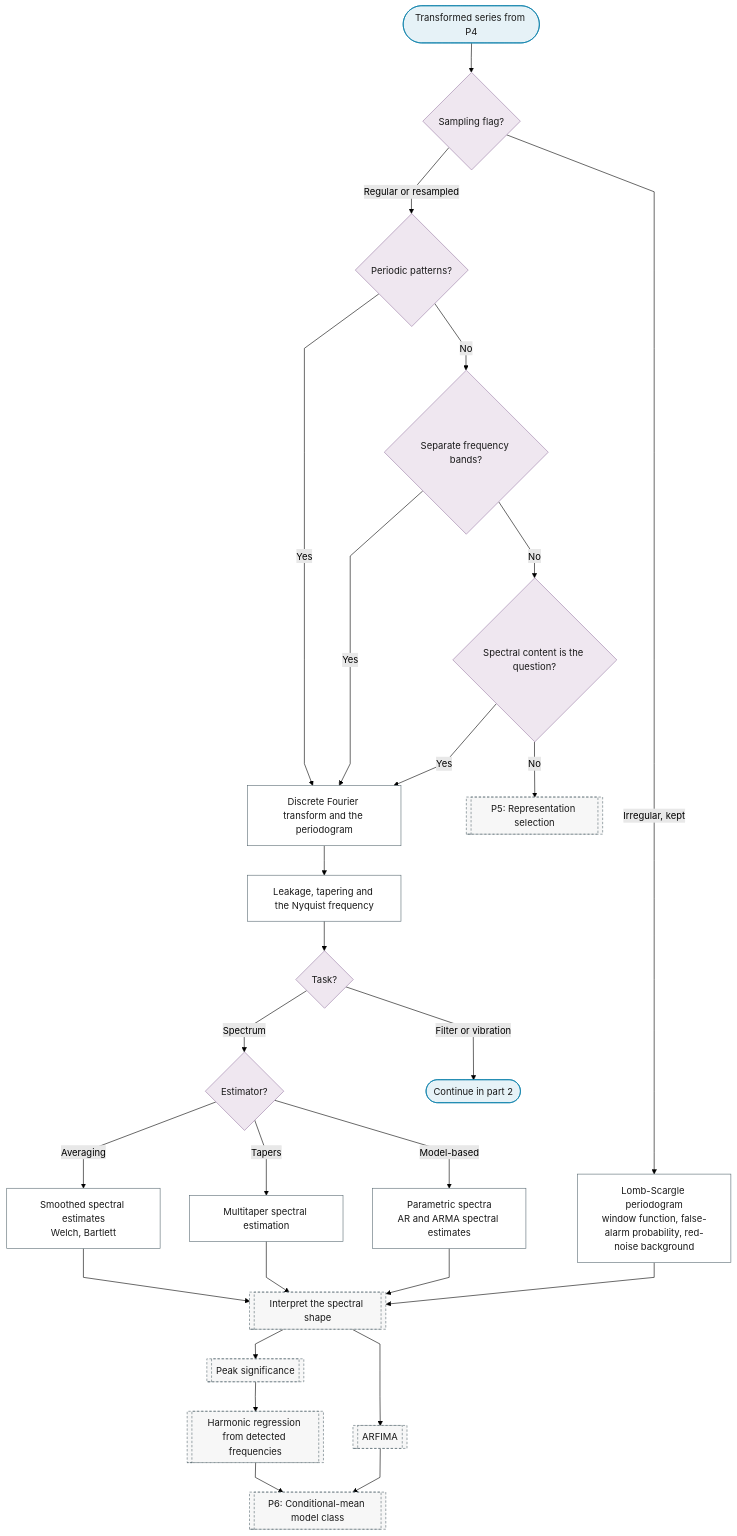
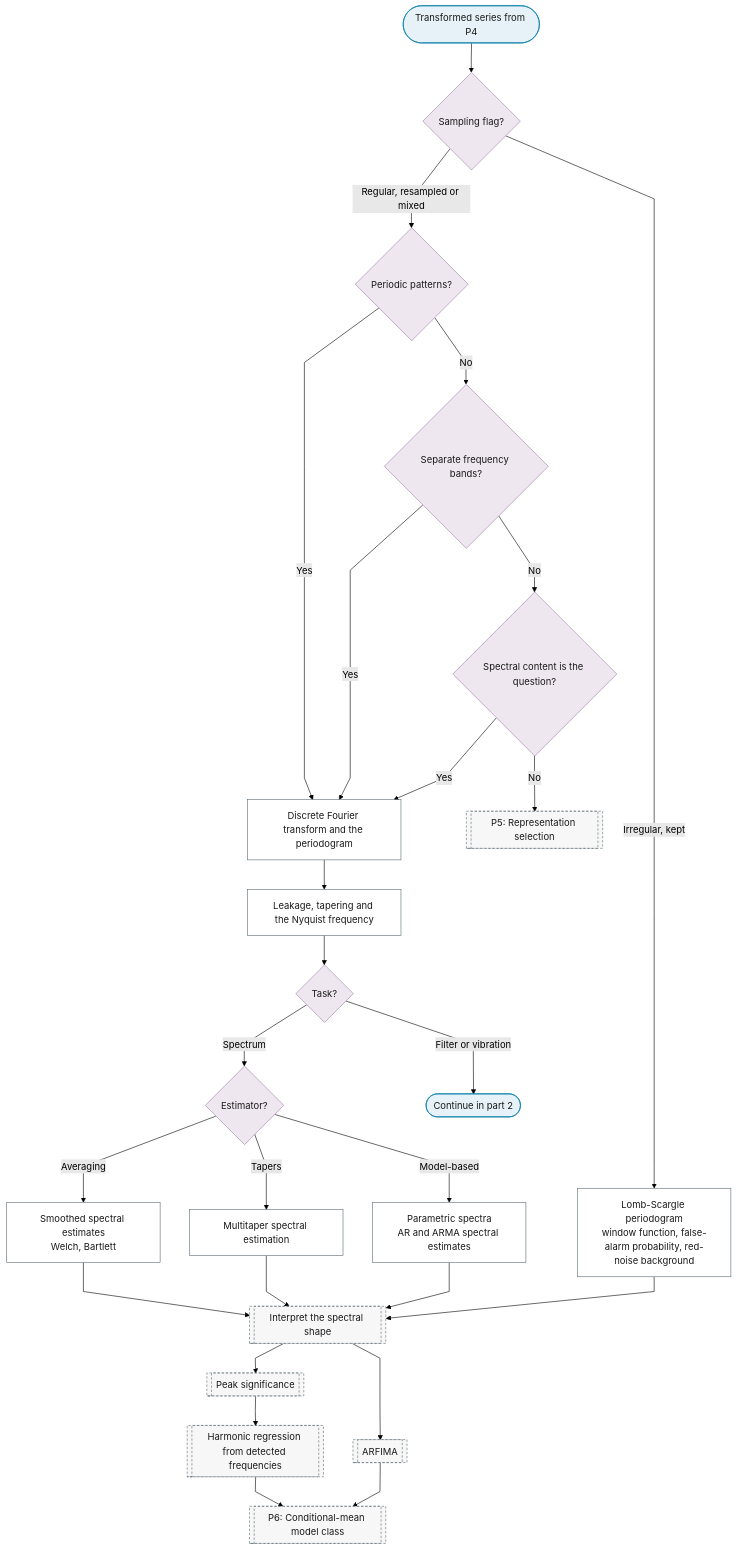
Before and after one commit to Shuxin-Y/time-series-analysis-manual: the first of 2 diagrams in docs/01-workflow/p05-representation/02-frequency-domain.md, drawn with Mermaid (forest theme). The commit also changed 10 other files, not shown here.

````diff
--- a/docs/01-workflow/p05-representation/02-frequency-domain.md
+++ b/docs/01-workflow/p05-representation/02-frequency-domain.md
@@ -9,37 +9,37 @@
 ```mermaid
 %%{init: {"flowchart": {"curve": "linear"}}}%%
 graph TD
     P5_FD_IN(["Transformed series from P4"]) --> P5_FD_GRID{"Sampling flag?"}
     P5_FD_GRID -->|"Irregular, kept"| P5_FD_LOMB_SCARGLE["Lomb-Scargle periodogram<br/>window function, false-alarm probability, red-noise background"]
-    P5_FD_GRID -->|"Regular or resampled"| P5_FD_PERIODIC{"Periodic patterns?"}
+    P5_FD_GRID -->|"Regular, resampled or mixed"| P5_FD_PERIODIC{"Periodic patterns?"}
     P5_FD_PERIODIC -->|"Yes"| P5_FD_DFT["Discrete Fourier transform and the periodogram"]
     P5_FD_PERIODIC -->|"No"| P5_FD_BANDS{"Separate frequency bands?"}
     P5_FD_BANDS -->|"Yes"| P5_FD_DFT
     P5_FD_BANDS -->|"No"| P5_FD_SPECTRAL{"Spectral content is the question?"}
     P5_FD_SPECTRAL -->|"Yes"| P5_FD_DFT
     P5_FD_SPECTRAL -->|"No"| P5[["P5: Representation selection"]]
     P5_FD_DFT --> P5_FD_LEAKAGE["Leakage, tapering and the Nyquist frequency"]
     P5_FD_LEAKAGE --> P5_FD_TASK{"Task?"}
     P5_FD_TASK -->|"Spectrum"| P5_FD_ESTIMATOR{"Estimator?"}
     P5_FD_TASK -->|"Filter or vibration"| P5_FD_TO_PART_2(["Continue in part 2"])
     P5_FD_ESTIMATOR -->|"Averaging"| P5_FD_SMOOTHED["Smoothed spectral estimates<br/>Welch, Bartlett"]
     P5_FD_ESTIMATOR -->|"Tapers"| P5_FD_MULTITAPER["Multitaper spectral estimation"]
     P5_FD_ESTIMATOR -->|"Model-based"| P5_FD_PARAMETRIC["Parametric spectra<br/>AR and ARMA spectral estimates"]
     P5_FD_SMOOTHED & P5_FD_MULTITAPER & P5_FD_PARAMETRIC & P5_FD_LOMB_SCARGLE --> P0_SP_SPECTRAL_SHAPE[["Interpret the spectral shape"]]
     P0_SP_SPECTRAL_SHAPE --> P0_SP_PEAK_SIGNIFICANCE[["Peak significance"]]
     P0_SP_PEAK_SIGNIFICANCE --> P0_SP_HARMONIC_REGRESSION[["Harmonic regression from detected frequencies"]]
     P0_SP_SPECTRAL_SHAPE --> P6_ARFIMA[["ARFIMA"]]
     P0_SP_HARMONIC_REGRESSION & P6_ARFIMA --> P6[["P6: Conditional-mean model class"]]
     class P5_FD_IN,P5_FD_TO_PART_2 terminator
     class P5_FD_GRID,P5_FD_PERIODIC,P5_FD_BANDS,P5_FD_SPECTRAL,P5_FD_TASK,P5_FD_ESTIMATOR decision
     class P5_FD_DFT,P5_FD_LEAKAGE,P5_FD_SMOOTHED,P5_FD_MULTITAPER,P5_FD_PARAMETRIC,P5_FD_LOMB_SCARGLE process
     class P5,P0_SP_SPECTRAL_SHAPE,P0_SP_PEAK_SIGNIFICANCE,P0_SP_HARMONIC_REGRESSION,P6_ARFIMA,P6 ref
     classDef terminator fill:#E6F2F7,stroke:#007BA7,color:#1A1A1A;
     classDef process fill:#FFFFFF,stroke:#5A6B73,color:#1A1A1A;
     classDef decision fill:#EFE7F0,stroke:#9B7FA7,color:#1A1A1A;
     classDef data fill:#FFF4E0,stroke:#C9A55E,color:#1A1A1A;
     classDef good fill:#DCEFD8,stroke:#4A7A3F,color:#1A1A1A;
     classDef escalate fill:#FFE9C2,stroke:#C9A55E,color:#1A1A1A;
     classDef problem fill:#F2D9DE,stroke:#800020,color:#1A1A1A;
     classDef ref fill:#F7F7F7,stroke:#5A6B73,color:#1A1A1A,stroke-dasharray:4 3;
 ```
````
